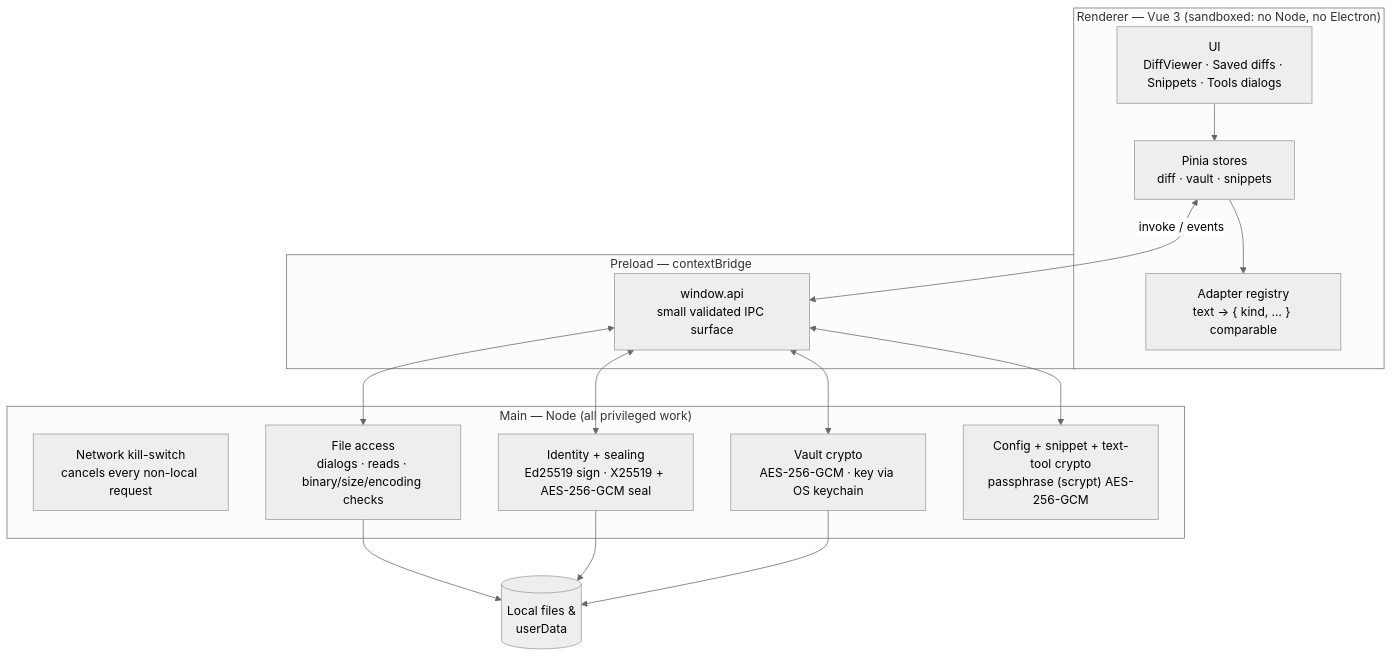
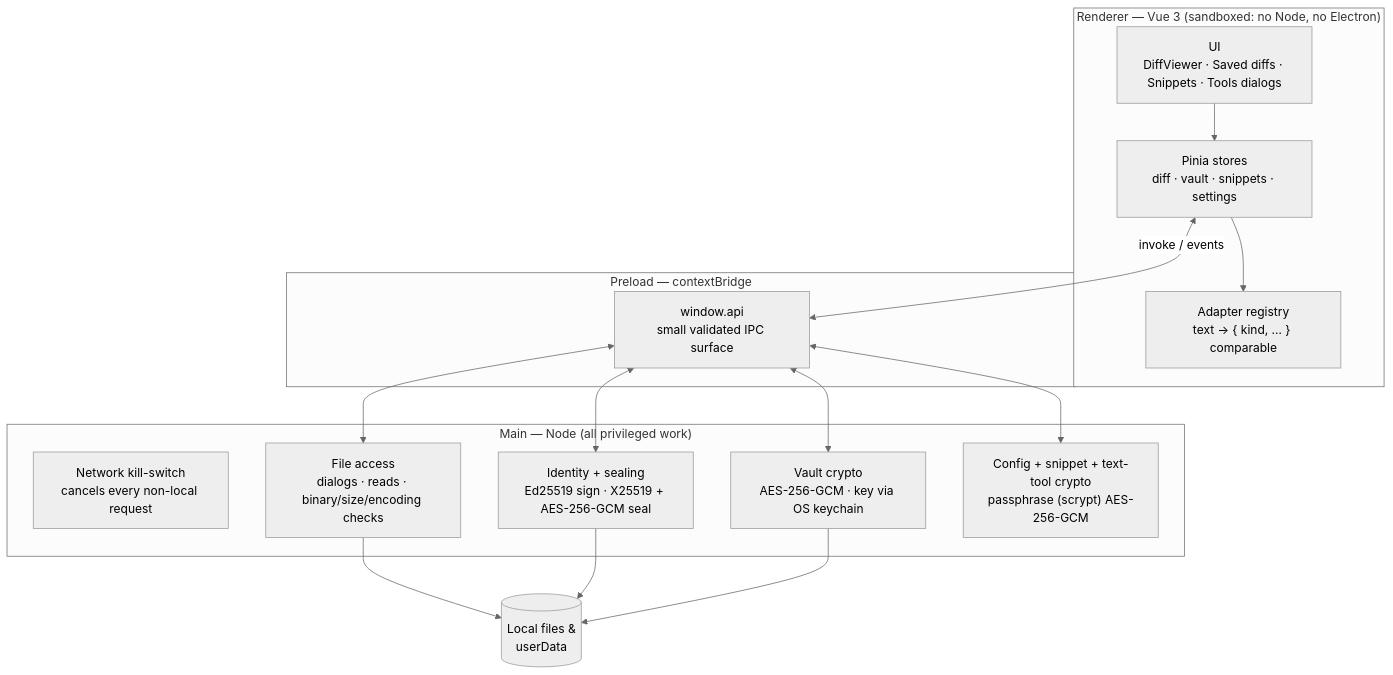
Before and after one commit to mindaugaskasp/diff-bro: the diagram in docs/architecture.md, drawn with Mermaid (neutral theme). The commit also changed other lines of this file and 103 other files, not shown here.

````diff
--- a/docs/architecture.md
+++ b/docs/architecture.md
@@ -8,32 +8,32 @@
 ```mermaid
 flowchart TB
     subgraph R["Renderer — Vue 3 (sandboxed: no Node, no Electron)"]
         ui["UI<br/>DiffViewer · Saved diffs · Snippets · Tools dialogs"]
-        stores["Pinia stores<br/>diff · vault · snippets"]
+        stores["Pinia stores<br/>diff · vault · snippets · settings"]
         adapters["Adapter registry<br/>text → { kind, … } comparable"]
         ui --> stores --> adapters
     end
 
     subgraph PR["Preload — contextBridge"]
         api["window.api<br/>small validated IPC surface"]
     end
 
     subgraph M["Main — Node (all privileged work)"]
         killswitch["Network kill-switch<br/>cancels every non-local request"]
         fileio["File access<br/>dialogs · reads · binary/size/encoding checks"]
         vaultkey["Vault crypto<br/>AES-256-GCM · key via OS keychain"]
         sealing["Identity + sealing<br/>Ed25519 sign · X25519 + AES-256-GCM seal"]
         cfg["Config + snippet + text-tool crypto<br/>passphrase (scrypt) AES-256-GCM"]
     end
 
     disk[("Local files &<br/>userData")]
 
     stores <-->|"invoke / events"| api
     api <--> fileio
     api <--> vaultkey
     api <--> sealing
     api <--> cfg
     fileio --> disk
     sealing --> disk
     vaultkey --> disk
 ```
````
